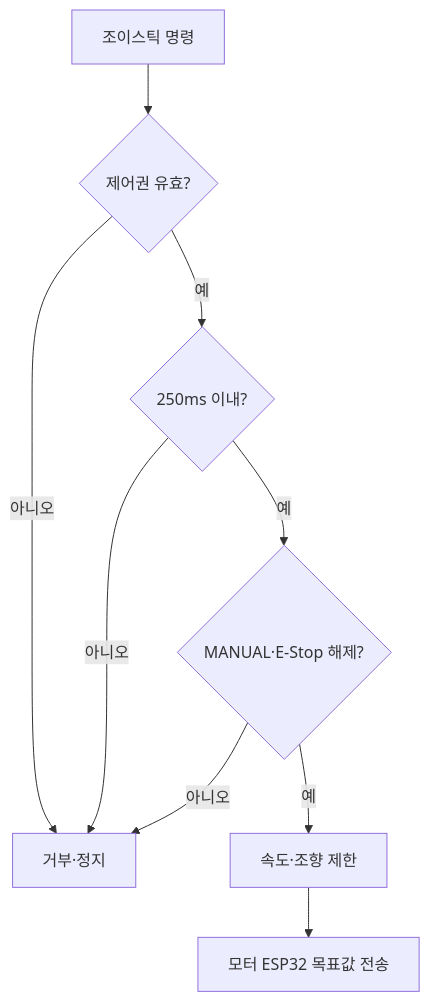
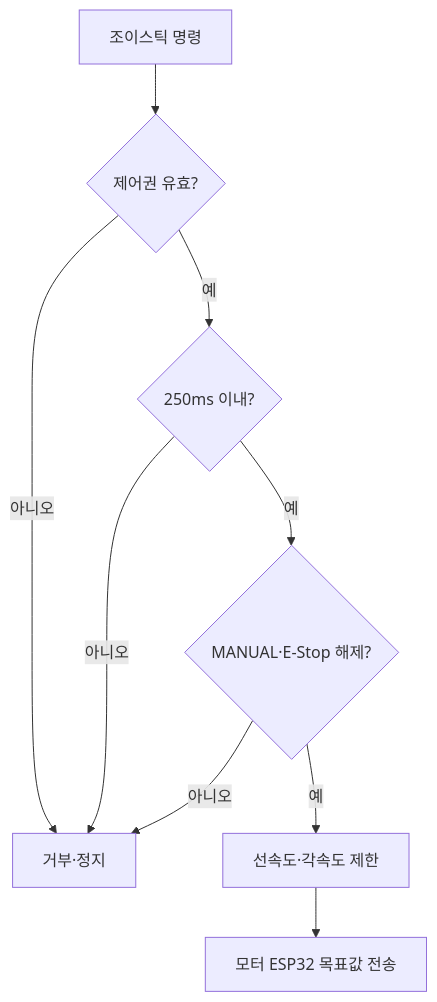
Before and after one commit to Common-AIOT/Sentinel-UGV: the third of 5 diagrams in docs/05-통신-서버-영상.md, drawn with Mermaid. The commit also changed other lines of this file and 25 other files, not shown here.

````diff
--- a/docs/05-통신-서버-영상.md
+++ b/docs/05-통신-서버-영상.md
@@ -790,11 +790,11 @@
 ```mermaid
 flowchart TD
     cmd["조이스틱 명령"] --> session{"제어권 유효?"}
     session -->|아니오| reject["거부·정지"]
     session -->|예| fresh{"250ms 이내?"}
     fresh -->|아니오| reject
     fresh -->|예| safe{"MANUAL·E-Stop 해제?"}
     safe -->|아니오| reject
-    safe -->|예| limit["속도·조향 제한"]
+    safe -->|예| limit["선속도·각속도 제한"]
     limit --> stm["모터 ESP32 목표값 전송"]
 ```
````
